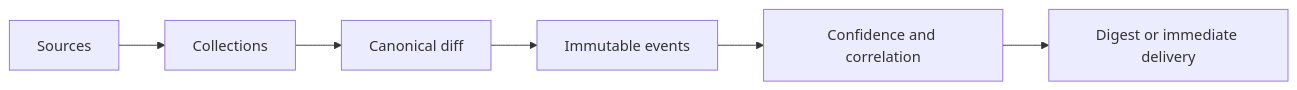
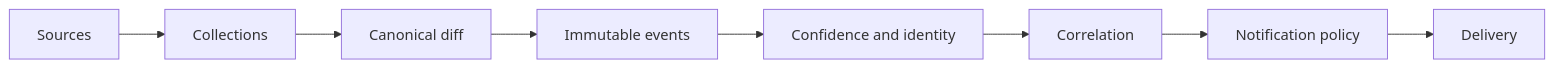
One commit to alexgetmancom/signal-forge changed the diagram in README.md. Above: the diagram before and after it, drawn with Mermaid. The commit also changed other lines of this file and 2 other files, not shown here.

````diff
--- a/README.md
+++ b/README.md
@@ -41,8 +70,10 @@
 ```mermaid
 flowchart LR
   A[Sources] --> B[Collections]
   B --> C[Canonical diff]
   C --> D[Immutable events]
-  D --> E[Confidence and correlation]
-  E --> F[Digest or immediate delivery]
+  D --> E[Confidence and identity]
+  E --> F[Correlation]
+  F --> G[Notification policy]
+  G --> H[Delivery]
 ```
````
